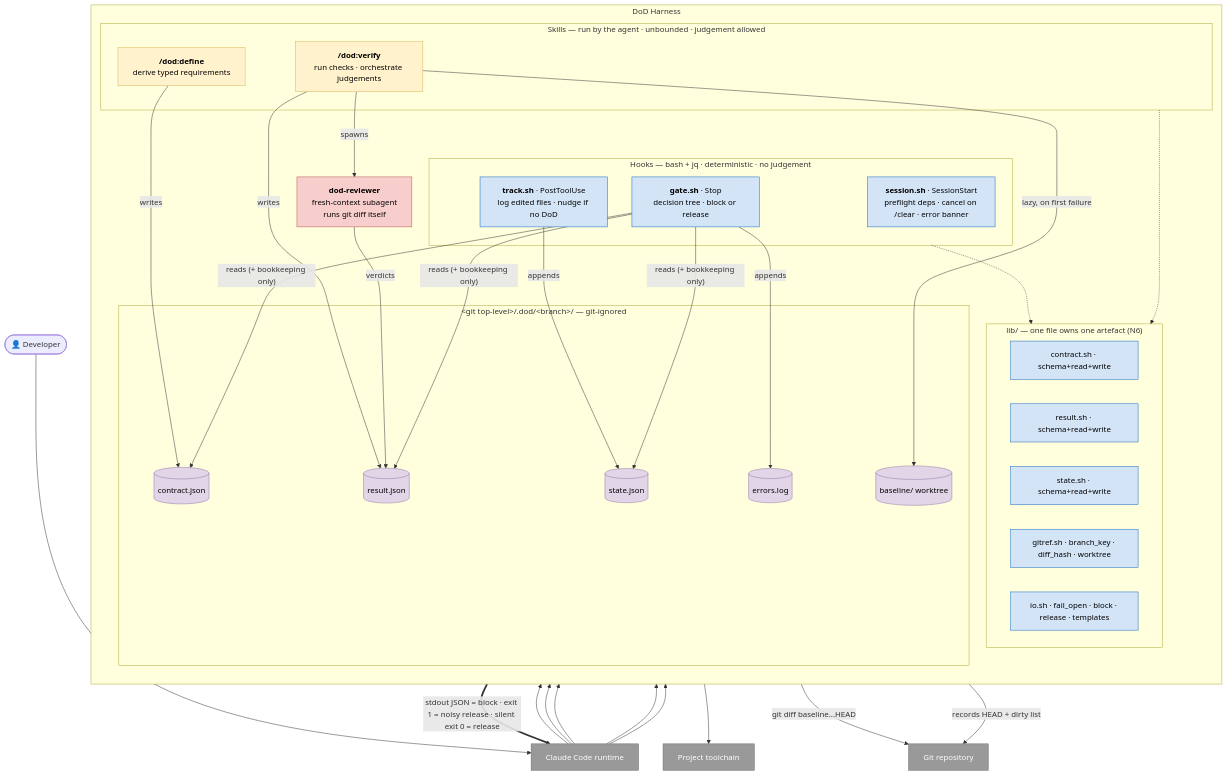
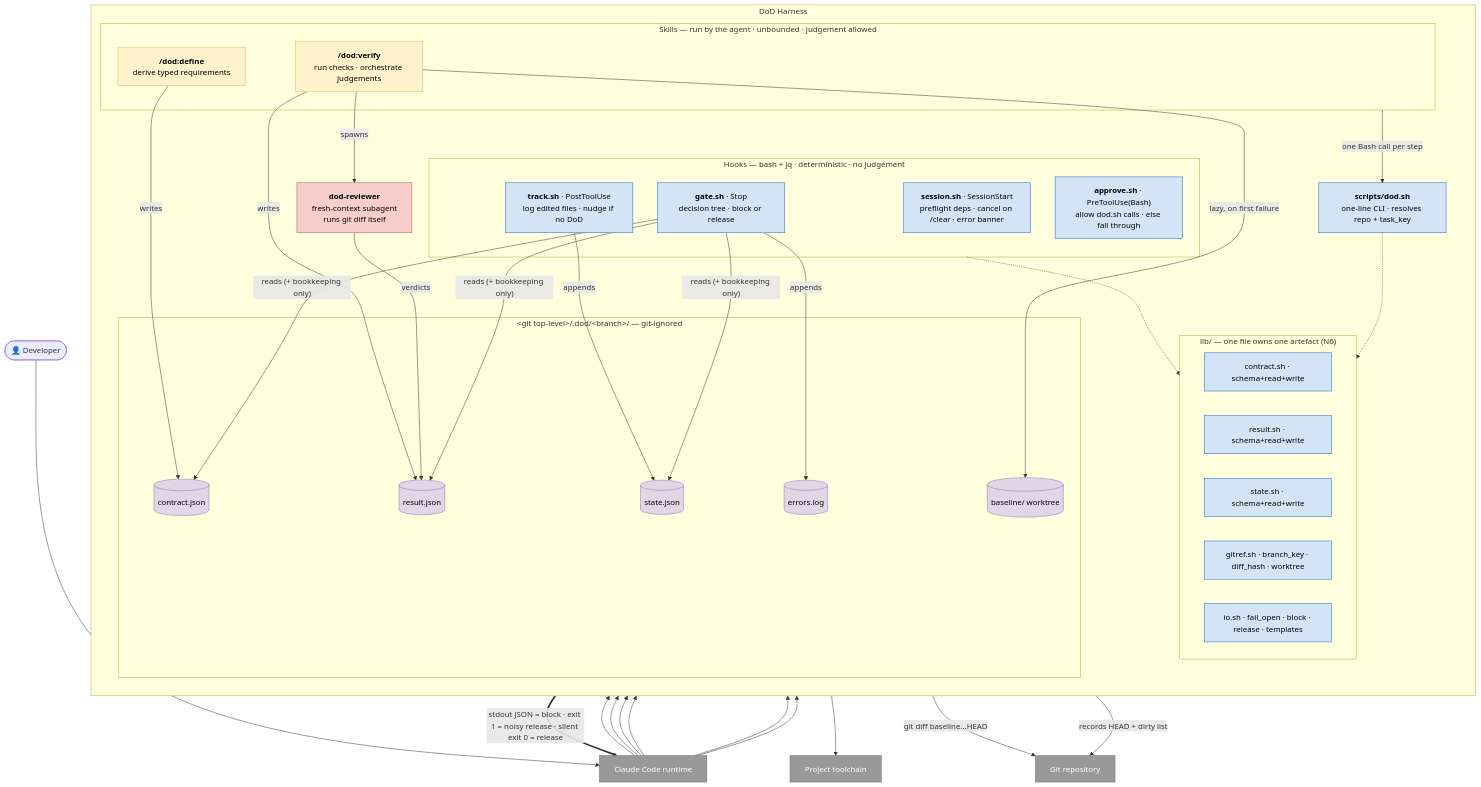
The second of 3 diagrams in docs/design-v2.md (pehota/harlo), drawn with Mermaid before and after one commit. The commit also changed other lines of this file and 3 other files, not shown here.

First line of the commit message:
docs(dod): document the dod CLI, the approve hook and ADR 0005

````diff
--- a/docs/design-v2.md
+++ b/docs/design-v2.md
@@ -113,67 +113,70 @@
 ```mermaid
 flowchart TB
   DEV(["👤 Developer"])
   CC["Claude Code runtime"]
 
   subgraph HARNESS["DoD Harness"]
     direction TB
     subgraph HOOKS["Hooks — bash + jq · deterministic · no judgement"]
       SESS["<b>session.sh</b> · SessionStart<br/>preflight deps · cancel on /clear · error banner"]
       TRACK["<b>track.sh</b> · PostToolUse<br/>log edited files · nudge if no DoD"]
       GATE["<b>gate.sh</b> · Stop<br/>decision tree · block or release"]
+      APPROVE["<b>approve.sh</b> · PreToolUse(Bash)<br/>allow dod.sh calls · else fall through"]
     end
     subgraph LIB["lib/ — one file owns one artefact (N6)"]
       CONTRACTLIB["contract.sh · schema+read+write"]
       RESULTLIB["result.sh · schema+read+write"]
       STATELIB["state.sh · schema+read+write"]
       GITREF["gitref.sh · branch_key · diff_hash · worktree"]
       IO["io.sh · fail_open · block · release · templates"]
     end
     subgraph SKILLS["Skills — run by the agent · unbounded · judgement allowed"]
       DEFINE["<b>/dod:define</b><br/>derive typed requirements"]
       VERIFY["<b>/dod:verify</b><br/>run checks · orchestrate judgements"]
     end
+    CLI["<b>scripts/dod.sh</b><br/>one-line CLI · resolves repo + task_key"]
     REVIEWER["<b>dod-reviewer</b><br/>fresh-context subagent<br/>runs git diff itself"]
     subgraph STATE["&lt;git top-level&gt;/.dod/&lt;branch&gt;/ — git-ignored"]
       CONTRACT[("contract.json")]
       RESULT[("result.json")]
       SSTATE[("state.json")]
       WT[("baseline/ worktree")]
       ERR[("errors.log")]
     end
   end
 
   GIT["Git repository"]
   TOOL["Project toolchain"]
 
   DEV --> CC
-  CC --> SESS & TRACK & GATE
+  CC --> SESS & TRACK & GATE & APPROVE
   CC --> DEFINE & VERIFY
   HOOKS -.-> LIB
-  SKILLS -.-> LIB
+  SKILLS -->|"one Bash call per step"| CLI
+  CLI -.-> LIB
 
   DEFINE -->|writes| CONTRACT
   VERIFY -->|writes| RESULT
   VERIFY -->|spawns| REVIEWER
   REVIEWER -->|verdicts| RESULT
   TRACK -->|appends| SSTATE
   GATE -->|"reads (+ bookkeeping only)"| CONTRACT & RESULT & SSTATE
   GATE -->|appends| ERR
 
   GATE ==>|"stdout JSON = block · exit 1 = noisy release · silent exit 0 = release"| CC
   VERIFY --> TOOL
   VERIFY -->|lazy, on first failure| WT
   REVIEWER -->|git diff baseline...HEAD| GIT
   DEFINE -->|records HEAD + dirty list| GIT
 
   classDef hook fill:#d4e4f7,stroke:#1168bd,color:#000
   classDef skill fill:#fff2cc,stroke:#d6b656,color:#000
   classDef agent fill:#f8cecc,stroke:#b85450,color:#000
   classDef store fill:#e1d5e7,stroke:#9673a6,color:#000
   classDef ext fill:#999,stroke:#6b6b6b,color:#fff
-  class SESS,TRACK,GATE,CONTRACTLIB,RESULTLIB,STATELIB,GITREF,IO hook
+  class SESS,TRACK,GATE,APPROVE,CLI,CONTRACTLIB,RESULTLIB,STATELIB,GITREF,IO hook
   class DEFINE,VERIFY skill
   class REVIEWER agent
   class CONTRACT,RESULT,SSTATE,WT,ERR store
   class CC,GIT,TOOL ext
 ```
````
